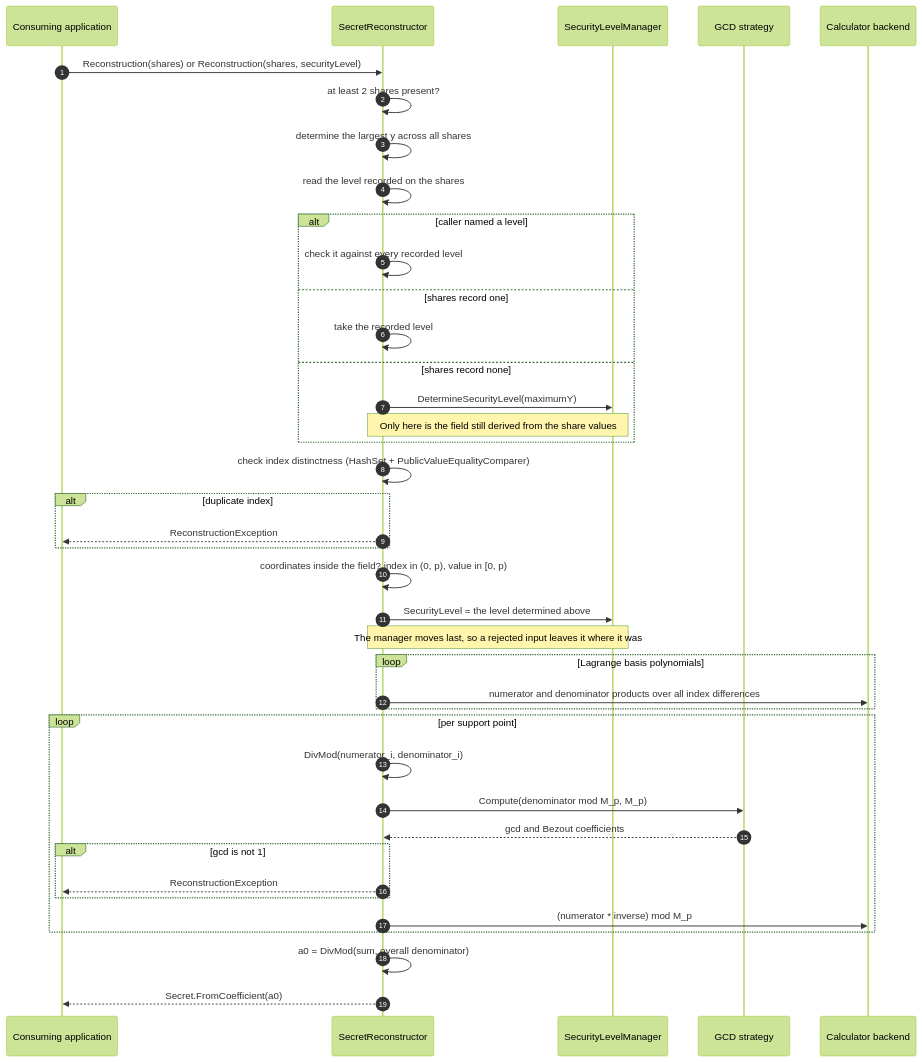
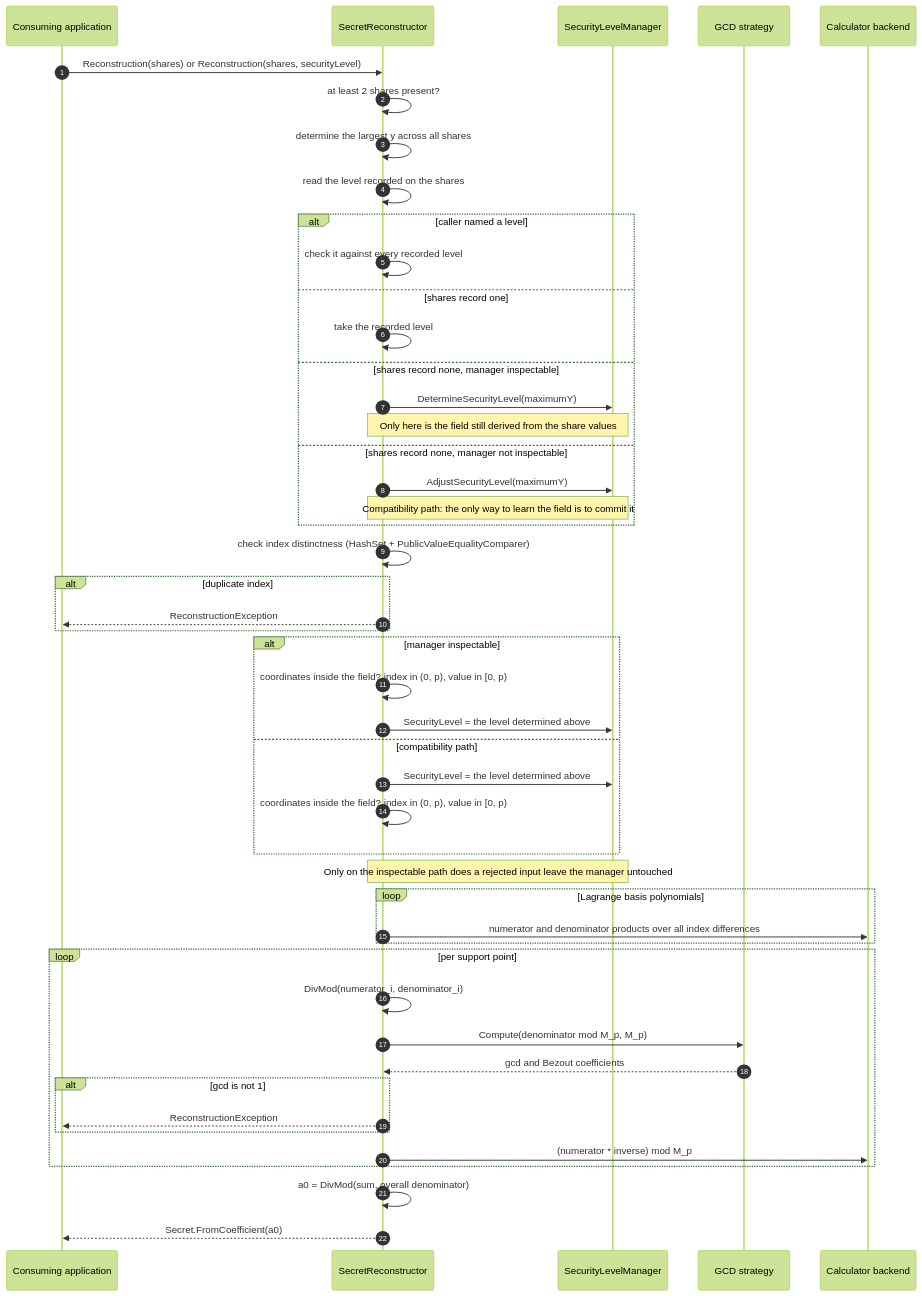
The seventh of 10 diagrams in docs/architecture/arc42.en.md (shinji-san/SecretSharingDotNet), drawn with Mermaid (forest theme) before and after one commit. The commit also changed other lines of this file and 9 other files, not shown here.

````diff
--- a/docs/architecture/arc42.en.md
+++ b/docs/architecture/arc42.en.md
@@ -634,43 +651,51 @@
 ```mermaid
 sequenceDiagram
     autonumber
     participant App as Consuming application
     participant Rec as SecretReconstructor
     participant SLM as SecurityLevelManager
     participant GCD as GCD strategy
     participant Calc as Calculator backend
 
     App->>Rec: Reconstruction(shares) or Reconstruction(shares, securityLevel)
     Rec->>Rec: at least 2 shares present?
     Rec->>Rec: determine the largest y across all shares
     Rec->>Rec: read the level recorded on the shares
     alt caller named a level
         Rec->>Rec: check it against every recorded level
     else shares record one
         Rec->>Rec: take the recorded level
-    else shares record none
+    else shares record none, manager inspectable
         Rec->>SLM: DetermineSecurityLevel(maximumY)
         Note over Rec,SLM: Only here is the field still derived from the share values
+    else shares record none, manager not inspectable
+        Rec->>SLM: AdjustSecurityLevel(maximumY)
+        Note over Rec,SLM: Compatibility path: the only way to learn the field is to commit it
     end
     Rec->>Rec: check index distinctness (HashSet + PublicValueEqualityComparer)
     alt duplicate index
         Rec-->>App: ReconstructionException
     end
-    Rec->>Rec: coordinates inside the field? index in (0, p), value in [0, p)
-    Rec->>SLM: SecurityLevel = the level determined above
-    Note over Rec,SLM: The manager moves last, so a rejected input leaves it where it was
+    alt manager inspectable
+        Rec->>Rec: coordinates inside the field? index in (0, p), value in [0, p)
+        Rec->>SLM: SecurityLevel = the level determined above
+    else compatibility path
+        Rec->>SLM: SecurityLevel = the level determined above
+        Rec->>Rec: coordinates inside the field? index in (0, p), value in [0, p)
+    end
+    Note over Rec,SLM: Only on the inspectable path does a rejected input leave the manager untouched
     loop Lagrange basis polynomials
         Rec->>Calc: numerator and denominator products over all index differences
     end
     loop per support point
         Rec->>Rec: DivMod(numerator_i, denominator_i)
         Rec->>GCD: Compute(denominator mod M_p, M_p)
         GCD-->>Rec: gcd and Bezout coefficients
         alt gcd is not 1
             Rec-->>App: ReconstructionException
         end
         Rec->>Calc: (numerator * inverse) mod M_p
     end
     Rec->>Rec: a0 = DivMod(sum, overall denominator)
     Rec-->>App: Secret.FromCoefficient(a0)
 ```
````
